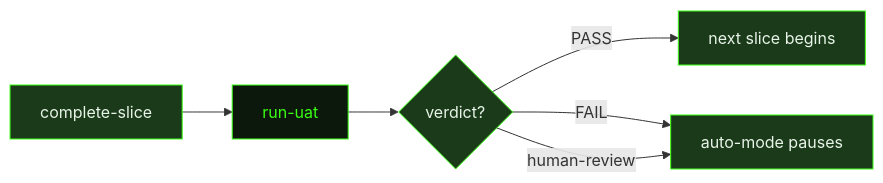
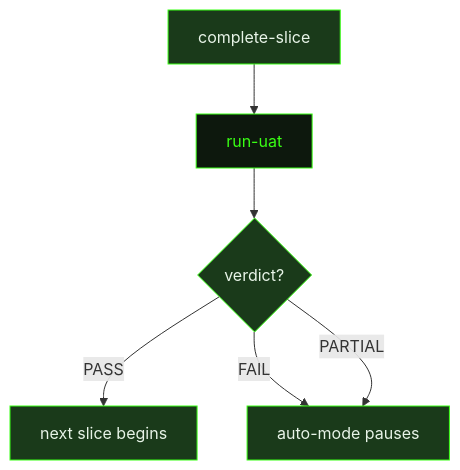
The diagram in src/content/docs/prompts/run-uat.mdx (shusha-group/gsd2-guide), drawn with Mermaid before and after one commit. The commit also changed other lines of this file and 79 other files, not shown here.

````diff
--- a/src/content/docs/prompts/run-uat.mdx
+++ b/src/content/docs/prompts/run-uat.mdx
@@ -16,14 +25,14 @@
 ```mermaid
-flowchart LR
+flowchart TD
     CompleteSlice["complete-slice"] --> RunUAT["run-uat"]
     RunUAT --> Verdict{"verdict?"}
     Verdict -->|"PASS"| NextSlice["next slice begins"]
     Verdict -->|"FAIL"| AutoPause["auto-mode pauses"]
-    Verdict -->|"human-review"| AutoPause
+    Verdict -->|"PARTIAL"| AutoPause
 
     style RunUAT fill:#0d180d,stroke:#39ff14,color:#39ff14
     style CompleteSlice fill:#1a3a1a,stroke:#39ff14,color:#e8f4e8
     style Verdict fill:#1a3a1a,stroke:#39ff14,color:#e8f4e8
     style NextSlice fill:#1a3a1a,stroke:#39ff14,color:#e8f4e8
     style AutoPause fill:#1a3a1a,stroke:#39ff14,color:#e8f4e8
 ```
````
